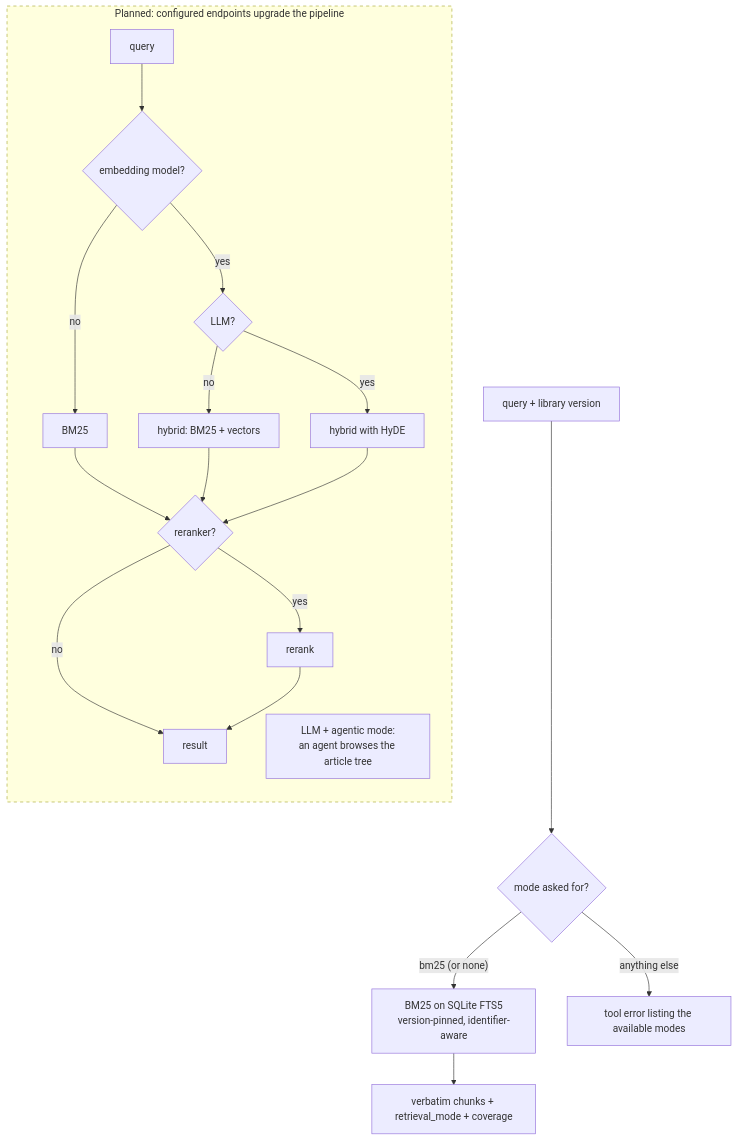
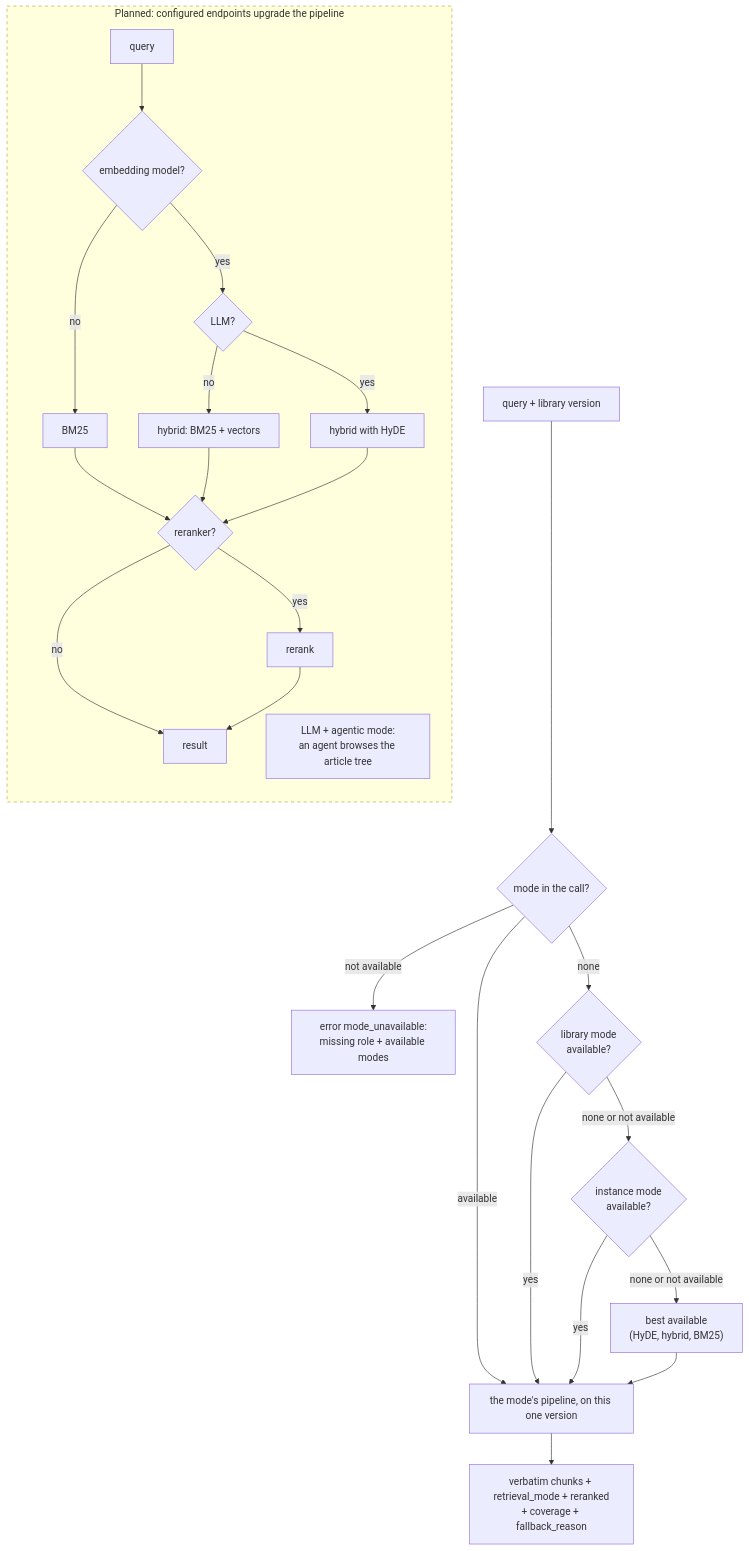
One commit to SirCypkowskyy/ExactDocs changed the fourth of 5 diagrams in docs/flows.md. Above: the diagram before and after it, drawn with Mermaid. The commit also changed other lines of this file and 47 other files, not shown here.

First line of the commit message:
feat(retrieval): the retrieval mode is chosen per call, library and instance (#89) (#252)

````diff
--- a/docs/flows.md
+++ b/docs/flows.md
@@ -149,24 +153,30 @@
 ```mermaid
 flowchart TD
-    q["query + library version"] --> mode{"mode asked for?"}
-    mode -->|"bm25 (or none)"| bm25
-    mode -->|"anything else"| err["tool error listing the available modes"]
-    bm25["BM25 on SQLite FTS5<br/>version-pinned, identifier-aware"] --> out["verbatim chunks + retrieval_mode + coverage"]
+    q["query + library version"] --> asked{"mode in the call?"}
+    asked -->|"available"| run
+    asked -->|"not available"| err["error mode_unavailable:<br/>missing role + available modes"]
+    asked -->|"none"| lib{"library mode<br/>available?"}
+    lib -->|yes| run
+    lib -->|"none or not available"| inst{"instance mode<br/>available?"}
+    inst -->|yes| run
+    inst -->|"none or not available"| best["best available<br/>(HyDE, hybrid, BM25)"]
+    best --> run
+    run["the mode's pipeline, on this one version"] --> out["verbatim chunks + retrieval_mode + reranked<br/>+ coverage + fallback_reason"]
 
     subgraph planned ["Planned: configured endpoints upgrade the pipeline"]
         direction TB
         start["query"] --> emb
         emb{"embedding model?"} -->|no| bm25p["BM25"]
         emb -->|yes| llm{"LLM?"}
         llm -->|no| hyb["hybrid: BM25 + vectors"]
         llm -->|yes| hyde["hybrid with HyDE"]
         bm25p --> rr
         hyb --> rr
         hyde --> rr
         rr{"reranker?"} -->|yes| rerank["rerank"]
         rr -->|no| done["result"]
         rerank --> done
         agentic["LLM + agentic mode:<br/>an agent browses the article tree"]
     end
     style planned stroke-dasharray: 5 5
 ```
````
